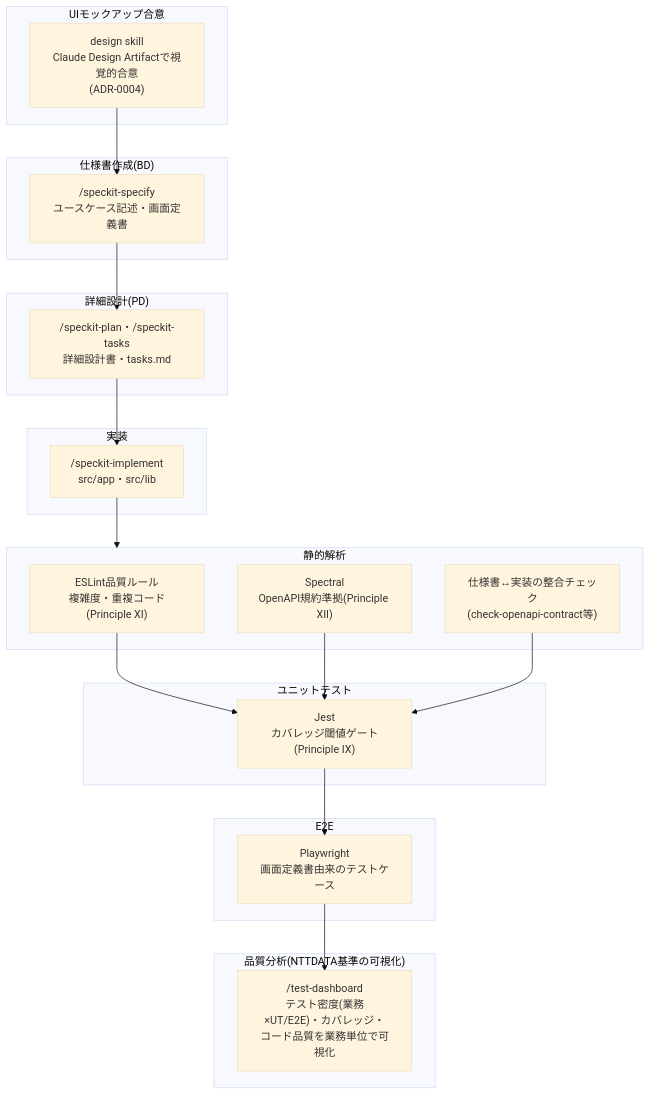
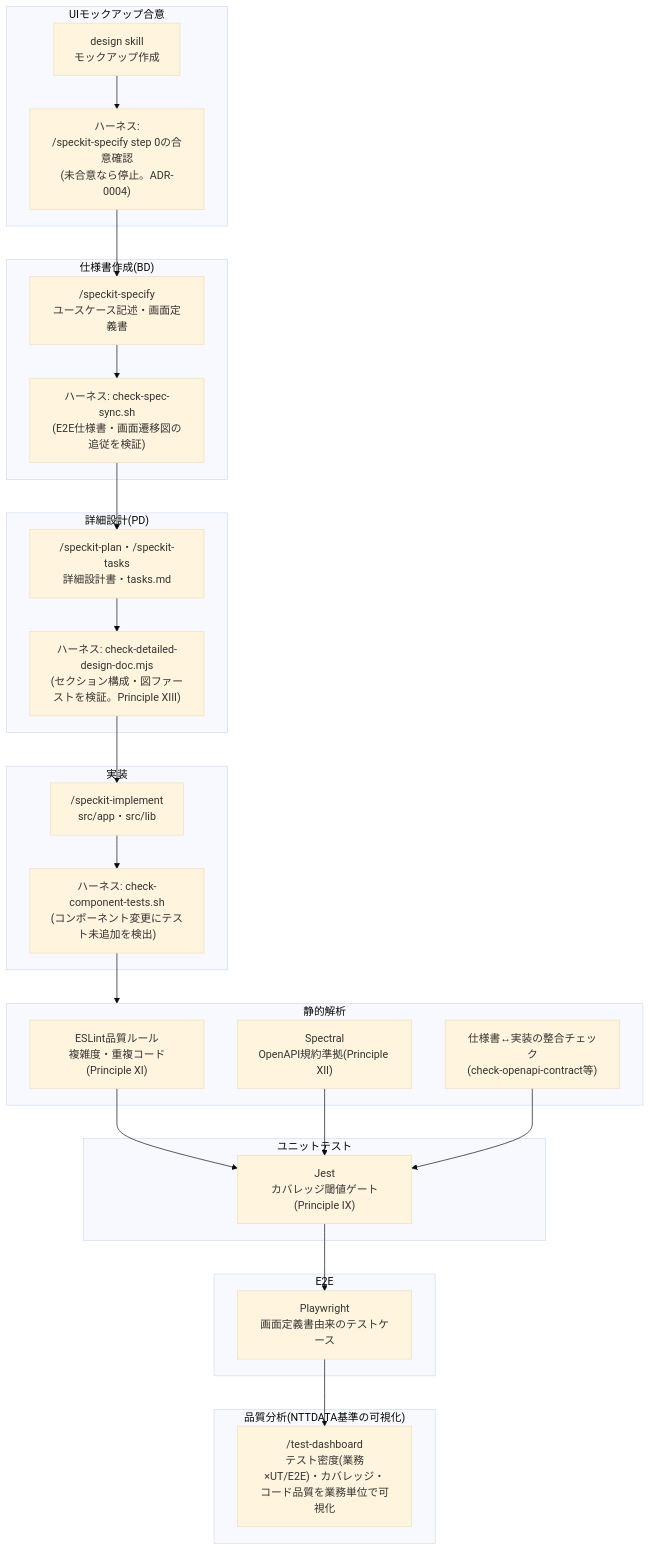
Before and after one commit to shimazakis0523/Nextjs-Sample: the first of 2 diagrams in doc/common/開発サイクル図.md, drawn with Mermaid (base theme). The commit also changed other lines of this file and 34 other files, not shown here.

First line of the commit message:
「ハーネス」表記を是正し、詳細設計書(PD)の構造チェックハーネスを新設 (ADR-0023)

````diff
--- a/doc/common/開発サイクル図.md
+++ b/doc/common/開発サイクル図.md
@@ -20,35 +20,46 @@
 ```mermaid
 flowchart TD
     subgraph MOCKUP["UIモックアップ合意"]
-        design["design skill<br/>Claude Design Artifactで視覚的合意<br/>(ADR-0004)"]
+        design["design skill<br/>モックアップ作成"]
+        mockupGate["ハーネス:<br/>/speckit-specify step 0の合意確認<br/>(未合意なら停止。ADR-0004)"]
+        design --> mockupGate
     end
     subgraph BD["仕様書作成(BD)"]
         specify["/speckit-specify<br/>ユースケース記述・画面定義書"]
+        bdGate["ハーネス: check-spec-sync.sh<br/>(E2E仕様書・画面遷移図の追従を検証)"]
+        specify --> bdGate
     end
     subgraph PD["詳細設計(PD)"]
         plan["/speckit-plan・/speckit-tasks<br/>詳細設計書・tasks.md"]
+        pdGate["ハーネス: check-detailed-design-doc.mjs<br/>(セクション構成・図ファーストを検証。Principle XIII)"]
+        plan --> pdGate
     end
     subgraph IMPL["実装"]
         implement["/speckit-implement<br/>src/app・src/lib"]
+        implGate["ハーネス: check-component-tests.sh<br/>(コンポーネント変更にテスト未追加を検出)"]
+        implement --> implGate
     end
     subgraph STATIC["静的解析"]
         eslint["ESLint品質ルール<br/>複雑度・重複コード(Principle XI)"]
         spectral["Spectral<br/>OpenAPI規約準拠(Principle XII)"]
         specsync["仕様書↔実装の整合チェック<br/>(check-openapi-contract等)"]
     end
     subgraph UT["ユニットテスト"]
         jest["Jest<br/>カバレッジ閾値ゲート(Principle IX)"]
     end
     subgraph E2E["E2E"]
         playwright["Playwright<br/>画面定義書由来のテストケース"]
     end
     subgraph QA["品質分析(NTTDATA基準の可視化)"]
         dashboard["/test-dashboard<br/>テスト密度(業務×UT/E2E)・カバレッジ・<br/>コード品質を業務単位で可視化"]
     end
 
-    design --> specify --> plan --> implement --> STATIC
+    mockupGate --> specify
+    bdGate --> plan
+    pdGate --> implement
+    implGate --> STATIC
     eslint --> jest
     spectral --> jest
     specsync --> jest
     jest --> playwright --> dashboard
 ```
````
